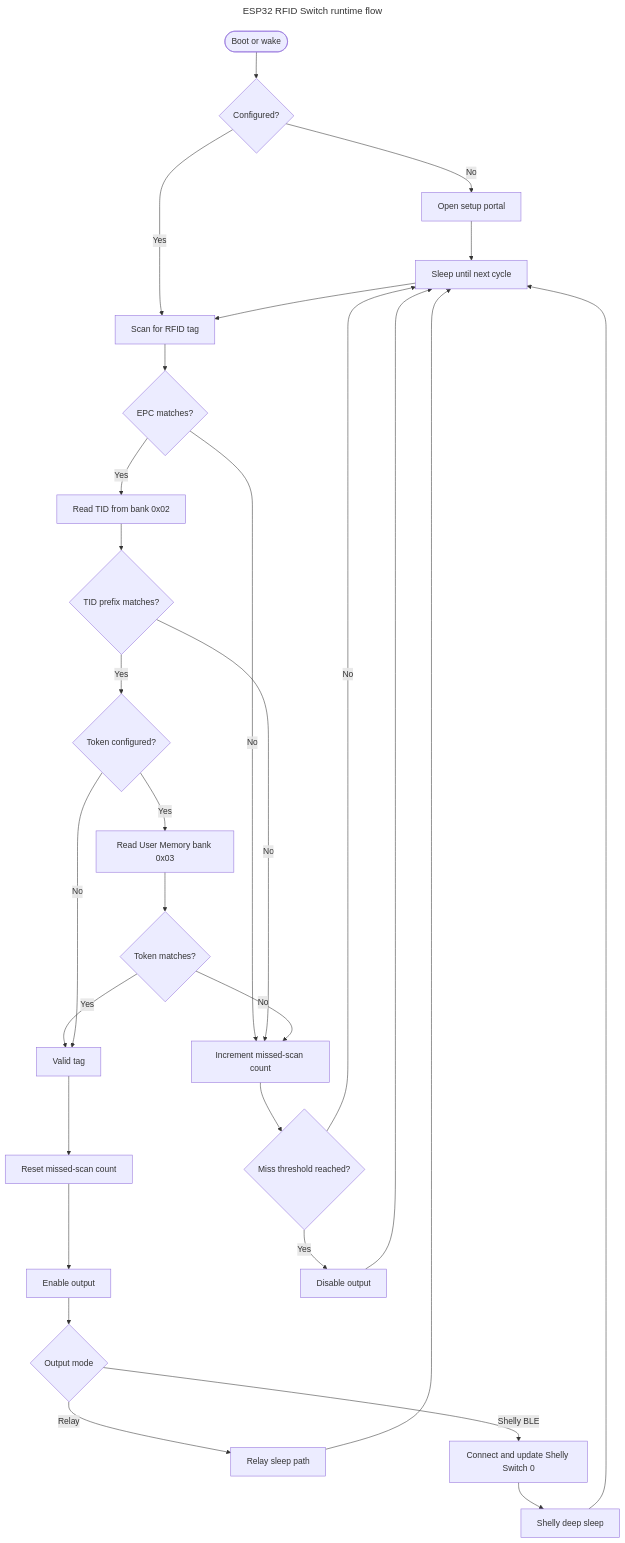
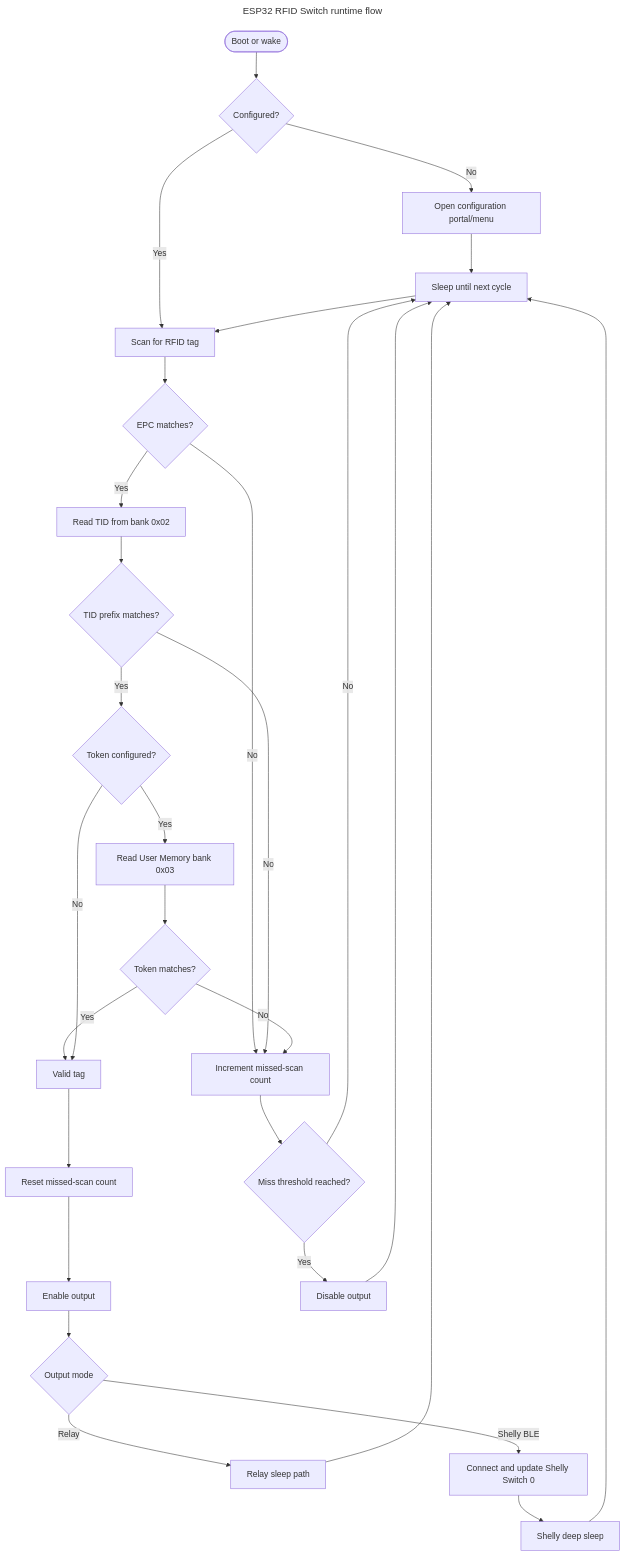
One commit to matthias-bs/esp32-rfid-switch changed the diagram in rfid-switch-runtime-flow.mmd. Above: the diagram before and after it, drawn with Mermaid.

Commit message:
Update runtime flow diagram to clarify portal/display menu description

```diff
--- a/rfid-switch-runtime-flow.mmd
+++ b/rfid-switch-runtime-flow.mmd
@@ -1,35 +1,35 @@
 ---
 title: ESP32 RFID Switch runtime flow
 ---
 flowchart TD
     start([Boot or wake]) --> configured{Configured?}
-    configured -- No --> portal[Open setup portal]
+    configured -- No --> portal[Open configuration portal/menu]
     portal --> sleep
     configured -- Yes --> scan[Scan for RFID tag]
 
     scan --> epc{EPC matches?}
     epc -- No --> miss[Increment missed-scan count]
     epc -- Yes --> tid[Read TID from bank 0x02]
     tid --> tid_match{TID prefix matches?}
     tid_match -- No --> miss
     tid_match -- Yes --> token_configured{Token configured?}
     token_configured -- Yes --> token[Read User Memory bank 0x03]
     token --> token_match{Token matches?}
     token_match -- No --> miss
     token_match -- Yes --> present[Valid tag]
     token_configured -- No --> present
 
     present --> reset[Reset missed-scan count]
     reset --> output_on[Enable output]
     output_on --> mode{Output mode}
     mode -- Relay --> relay_sleep[Relay sleep path]
     mode -- Shelly BLE --> shelly[Connect and update Shelly Switch 0]
     shelly --> shelly_sleep[Shelly deep sleep]
 
     miss --> threshold{Miss threshold reached?}
     threshold -- No --> sleep[Sleep until next cycle]
     threshold -- Yes --> output_off[Disable output]
     output_off --> sleep
     relay_sleep --> sleep
     shelly_sleep --> sleep
     sleep --> scan
```
